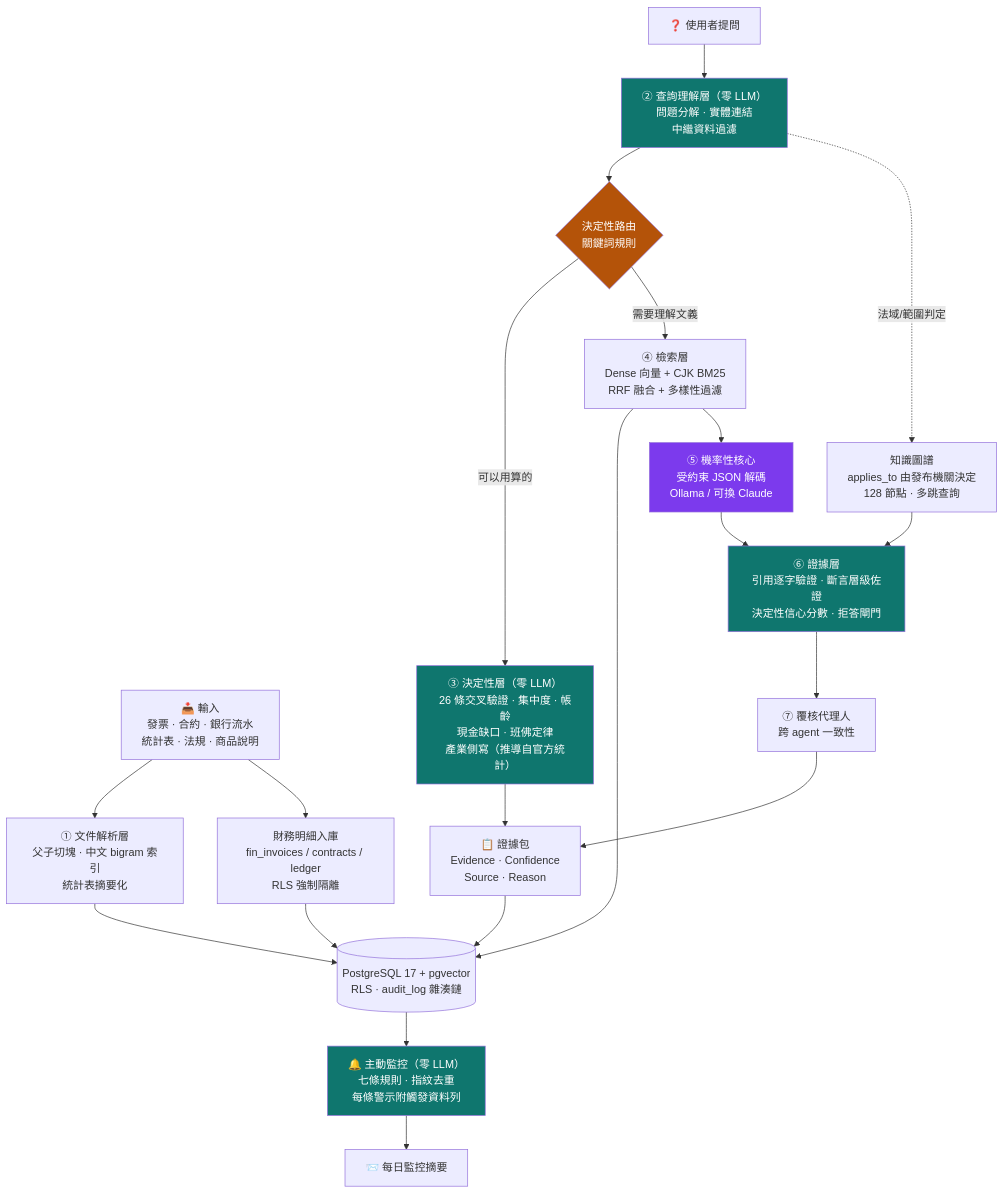
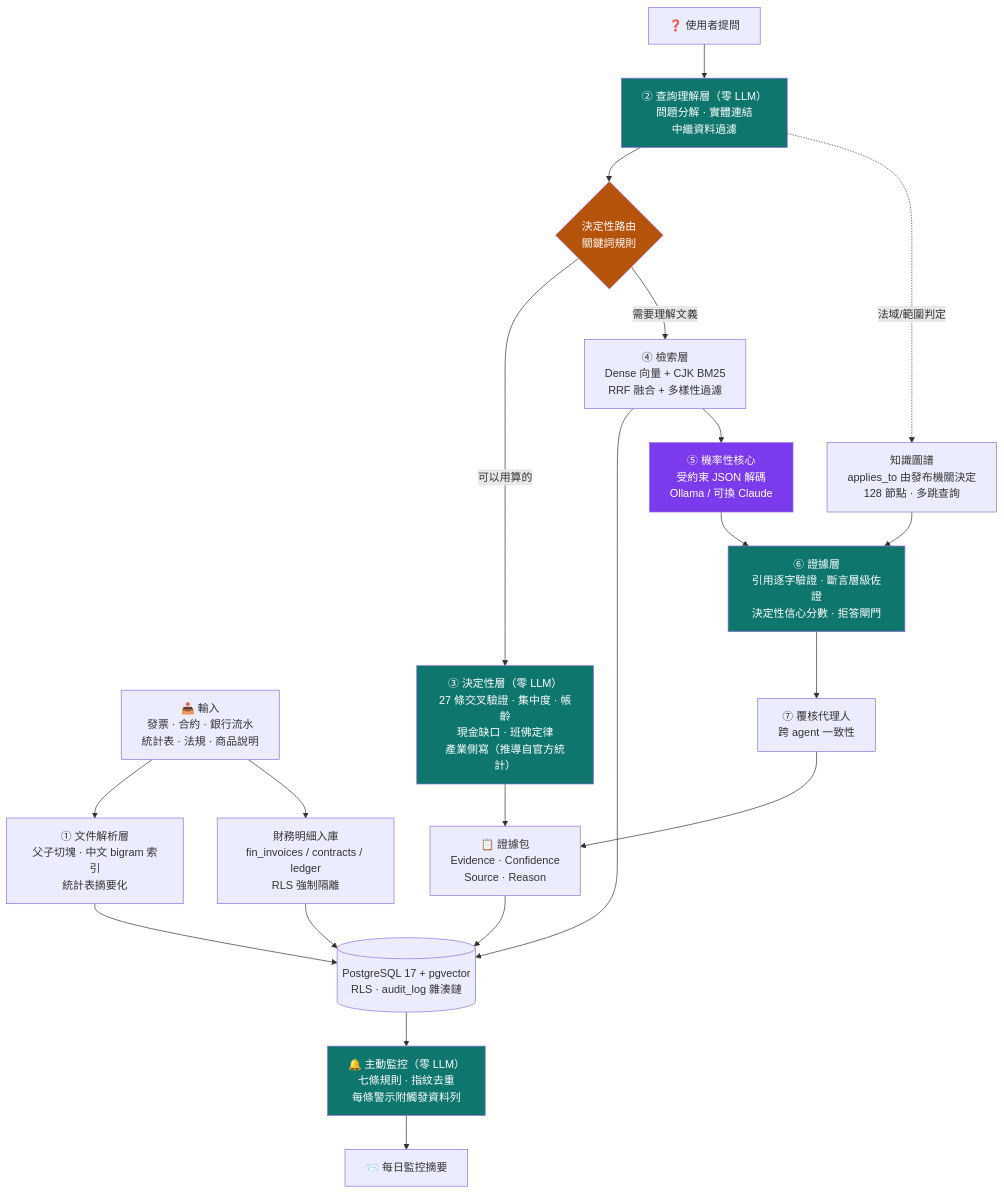
Before and after one commit to wajason/flowmind-ai: the fourth of 7 diagrams in README.md, drawn with Mermaid. The commit also changed other lines of this file and 1 other file, not shown here.

Commit message:
docs: 專案說明文件更新至現況 + 修掉四處殘留的舊檢查項數
- 專案說明文件：補上這一輪新增的能力（儀表板連續追問、投影片溢出檢查工具、
  105 題評測難度分佈、TERM-03、byte-fallback/儀表板路由兩個靜默 bug）；
  §8 下一步依剩餘天數重新排序，新增「~30 頁敘事尚未逐頁覆核」與
  「引用驗證專有名詞盲點」兩個誠實揭露項目
- README.md / docs/SDD.md / docs/內部文件：crosscheck 26→27 項
  （SDD.md 自己的架構圖與內文表格原本互相矛盾，一個寫 27 一個寫 26）

````diff
--- a/README.md
+++ b/README.md
@@ -155,40 +155,40 @@
 ```mermaid
 flowchart TB
     IN["📥 輸入<br/>發票 · 合約 · 銀行流水<br/>統計表 · 法規 · 商品說明"]
     PARSE["① 文件解析層<br/>父子切塊 · 中文 bigram 索引<br/>統計表摘要化"]
     FIN["財務明細入庫<br/>fin_invoices / contracts / ledger<br/>RLS 強制隔離"]
     Q["❓ 使用者提問"]
     PLAN["② 查詢理解層（零 LLM）<br/>問題分解 · 實體連結<br/>中繼資料過濾"]
     ROUTE{"決定性路由<br/>關鍵詞規則"}
-    DET["③ 決定性層（零 LLM）<br/>26 條交叉驗證 · 集中度 · 帳齡<br/>現金缺口 · 班佛定律<br/>產業側寫（推導自官方統計）"]
+    DET["③ 決定性層（零 LLM）<br/>27 條交叉驗證 · 集中度 · 帳齡<br/>現金缺口 · 班佛定律<br/>產業側寫（推導自官方統計）"]
     RET["④ 檢索層<br/>Dense 向量 + CJK BM25<br/>RRF 融合 + 多樣性過濾"]
     KG["知識圖譜<br/>applies_to 由發布機關決定<br/>128 節點 · 多跳查詢"]
     CORE["⑤ 機率性核心<br/>受約束 JSON 解碼<br/>Ollama / 可換 Claude"]
     EV["⑥ 證據層<br/>引用逐字驗證 · 斷言層級佐證<br/>決定性信心分數 · 拒答閘門"]
     AUD["⑦ 覆核代理人<br/>跨 agent 一致性"]
     WATCH["🔔 主動監控（零 LLM）<br/>七條規則 · 指紋去重<br/>每條警示附觸發資料列"]
     DB[("PostgreSQL 17 + pgvector<br/>RLS · audit_log 雜湊鏈")]
     OUT["📋 證據包<br/>Evidence · Confidence<br/>Source · Reason"]
     ALERT["📨 每日監控摘要"]
 
     IN --> PARSE --> DB
     IN --> FIN --> DB
     Q --> PLAN --> ROUTE
     ROUTE -->|可以用算的| DET
     ROUTE -->|需要理解文義| RET
     PLAN -.法域/範圍判定.-> KG
     RET --> DB
     KG --> EV
     RET --> CORE --> EV --> AUD
     DET --> OUT
     AUD --> OUT
     OUT --> DB
     DB --> WATCH --> ALERT
 
     style DET fill:#0f766e,color:#fff
     style EV fill:#0f766e,color:#fff
     style PLAN fill:#0f766e,color:#fff
     style WATCH fill:#0f766e,color:#fff
     style CORE fill:#7c3aed,color:#fff
     style ROUTE fill:#b45309,color:#fff
 ```
````
